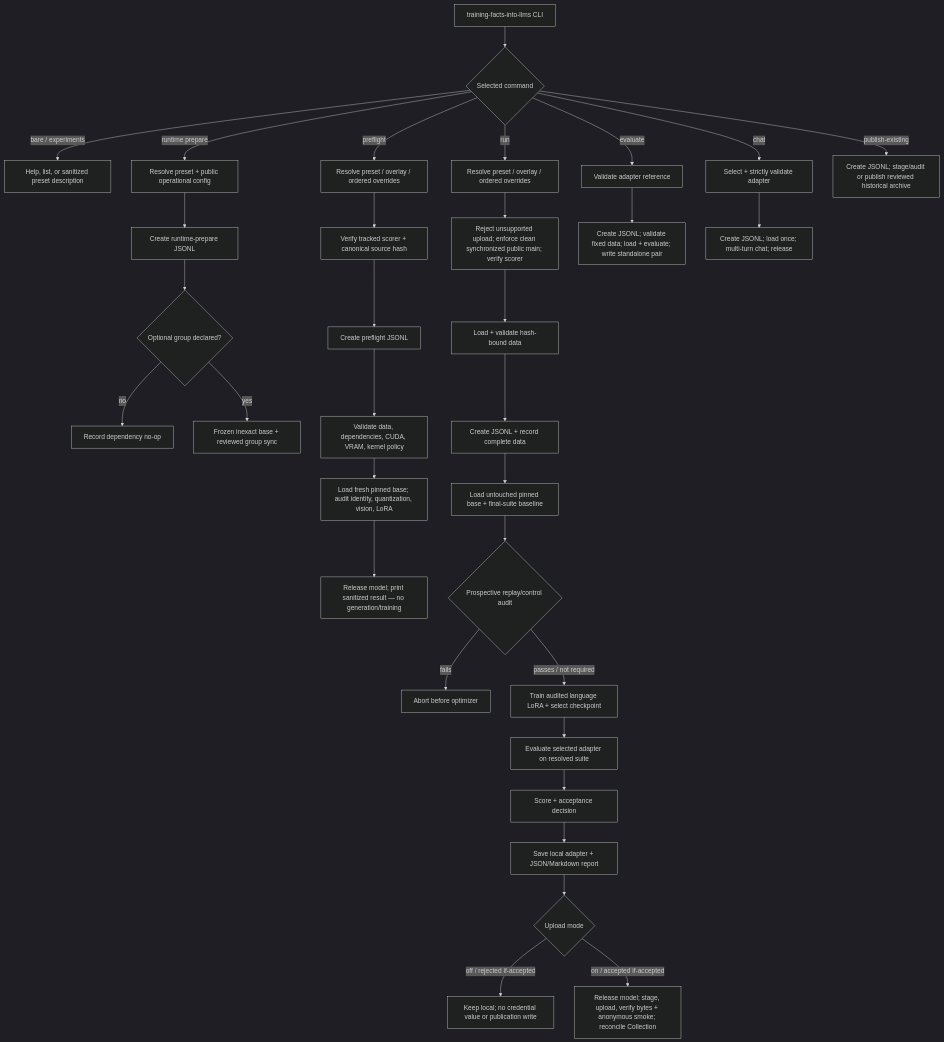
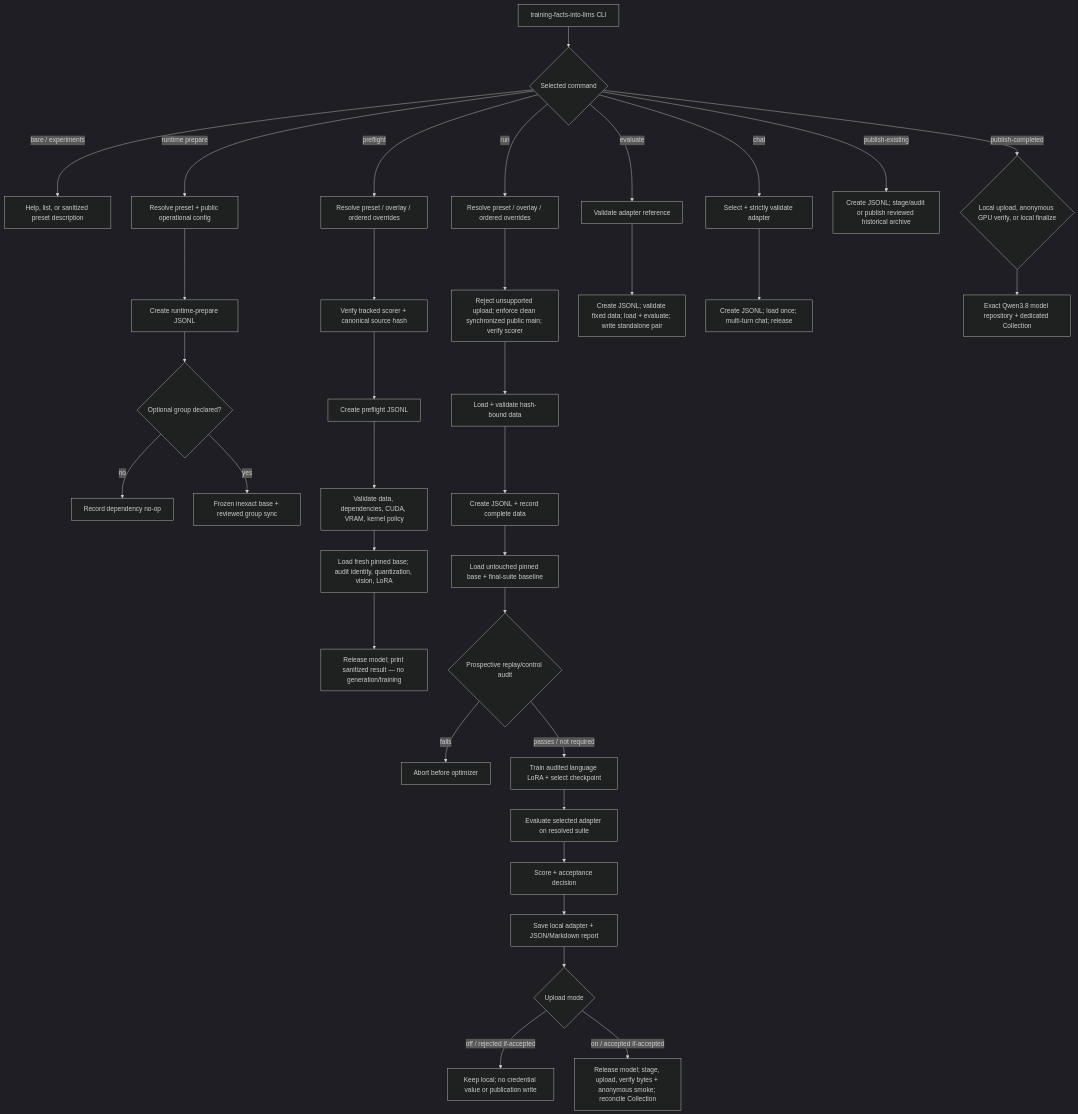
One commit to BurnyCoder/training-facts-into-llms changed the diagram in README.md. Above: the diagram before and after it, drawn with Mermaid (dark theme). The commit also changed other lines of this file and 4 other files, not shown here.

````diff
--- a/README.md
+++ b/README.md
@@ -95,38 +95,40 @@
 ```mermaid
 flowchart TD
     CLI["training-facts-into-llms CLI"] --> KIND{"Selected command"}
     KIND -->|"bare / experiments"| DISC["Help, list, or sanitized preset description"]
     KIND -->|"runtime prepare"| RCFG["Resolve preset + public operational config"]
     RCFG --> RLOG["Create runtime-prepare JSONL"]
     RLOG --> RSYNC{"Optional group declared?"}
     RSYNC -->|"no"| RNOOP["Record dependency no-op"]
     RSYNC -->|"yes"| UVSYNC["Frozen inexact base + reviewed group sync"]
 
     KIND -->|"preflight"| PCFG["Resolve preset / overlay / ordered overrides"]
     PCFG --> PPLUGIN["Verify tracked scorer + canonical source hash"]
     PPLUGIN --> PLOG["Create preflight JSONL"]
     PLOG --> PCHECK["Validate data, dependencies, CUDA, VRAM, kernel policy"]
     PCHECK --> PMODEL["Load fresh pinned base; audit identity, quantization, vision, LoRA"]
     PMODEL --> PRELEASE["Release model; print sanitized result — no generation/training"]
 
     KIND -->|"run"| CFG["Resolve preset / overlay / ordered overrides"]
     CFG --> GATE["Reject unsupported upload; enforce clean synchronized public main; verify scorer"]
     GATE --> DATA["Load + validate hash-bound data"]
     DATA --> RUNLOG["Create JSONL + record complete data"]
     RUNLOG --> BASE["Load untouched pinned base + final-suite baseline"]
     BASE --> AUDIT{"Prospective replay/control audit"}
     AUDIT -->|"fails"| ABORT["Abort before optimizer"]
     AUDIT -->|"passes / not required"| TRAIN["Train audited language LoRA + select checkpoint"]
     TRAIN --> TUNED["Evaluate selected adapter on resolved suite"]
     TUNED --> DECIDE["Score + acceptance decision"]
     DECIDE --> SAVE["Save local adapter + JSON/Markdown report"]
     SAVE --> MODE{"Upload mode"}
     MODE -->|"off / rejected if-accepted"| LOCAL["Keep local; no credential value or publication write"]
     MODE -->|"on / accepted if-accepted"| HUB["Release model; stage, upload, verify bytes + anonymous smoke; reconcile Collection"]
 
     KIND -->|"evaluate"| EREF["Validate adapter reference"]
     EREF --> ELOG["Create JSONL; validate fixed data; load + evaluate; write standalone pair"]
     KIND -->|"chat"| CREF["Select + strictly validate adapter"]
     CREF --> CLOG["Create JSONL; load once; multi-turn chat; release"]
     KIND -->|"publish-existing"| HLOG["Create JSONL; stage/audit or publish reviewed historical archive"]
+    KIND -->|"publish-completed"| Q38PUB{"Local upload, anonymous GPU verify, or local finalize"}
+    Q38PUB --> Q38MODEL["Exact Qwen3.8 model repository + dedicated Collection"]
 ```
````
